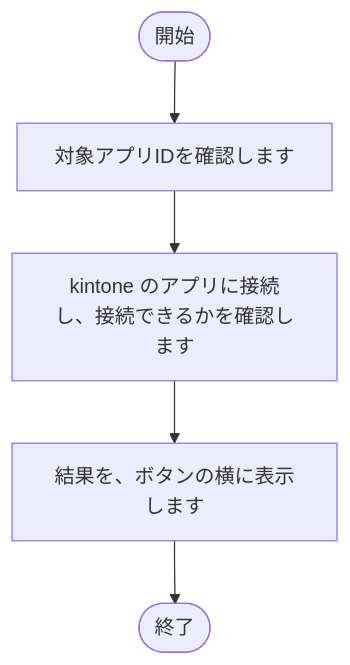
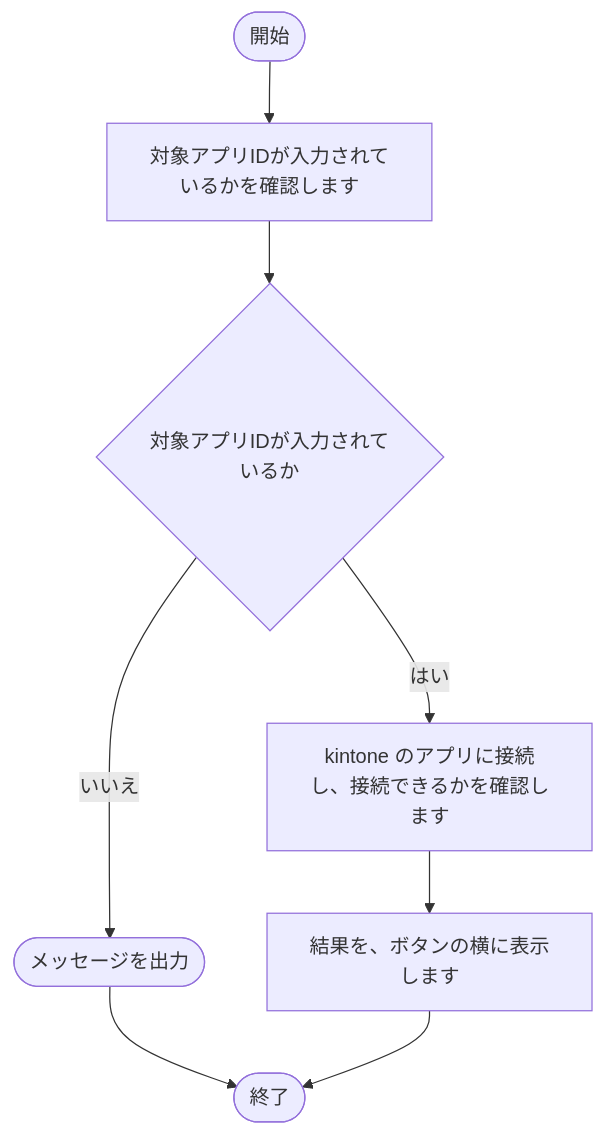
One commit to nishida2073/project_management changed diagram 11 of 12 in tool/package-generator/doc/02_設計/処理フロー.md. Above: the diagram before and after it, drawn with Mermaid. The commit also changed other lines of this file and 16 other files, not shown here.

````diff
--- a/tool/package-generator/doc/02_設計/処理フロー.md
+++ b/tool/package-generator/doc/02_設計/処理フロー.md
@@ -246,12 +278,17 @@
 ```mermaid
 flowchart TD
     S(["開始"])
     E(["終了"])
-    N1["対象アプリIDを確認します"]
+    N1["対象アプリIDが入力されているかを確認します"]
     S --> N1
-    N2["kintone のアプリに接続し、接続できるかを確認します"]
+    N2{"対象アプリIDが入力されているか"}
     N1 --> N2
-    N3["結果を、ボタンの横に表示します"]
-    N2 --> N3
-    N3 --> E
+    X1(["メッセージを出力"])
+    N2 -- いいえ --> X1
+    X1 --> E
+    N3["kintone のアプリに接続し、接続できるかを確認します"]
+    N2 -- はい --> N3
+    N4["結果を、ボタンの横に表示します"]
+    N3 --> N4
+    N4 --> E
 ```
````
